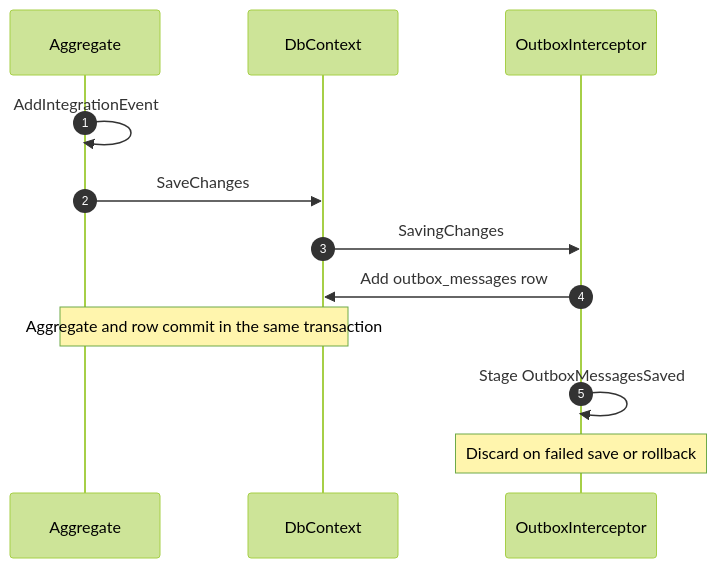
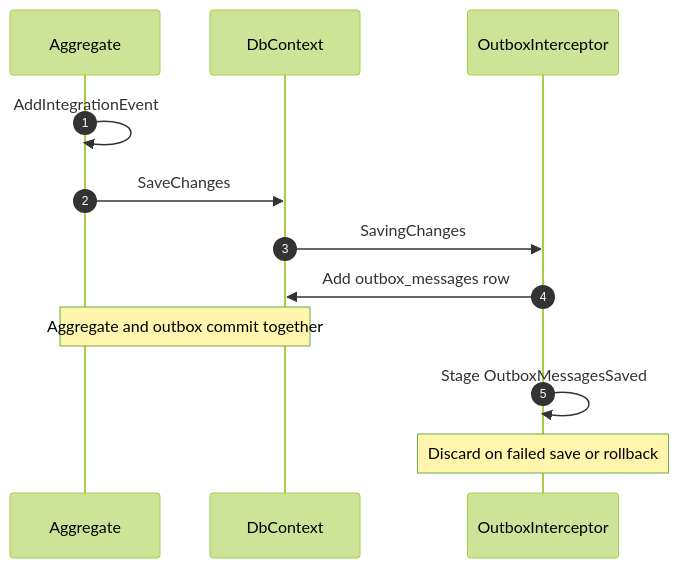
The second of 5 diagrams in wiki/Architecture/Messaging.md (mhasabalah/StarterKit), drawn with Mermaid (forest theme) before and after one commit. The commit also changed other lines of this file and 7 other files, not shown here.

````diff
--- a/wiki/Architecture/Messaging.md
+++ b/wiki/Architecture/Messaging.md
@@ -96,14 +60,14 @@
 ```mermaid
 sequenceDiagram
   autonumber
   participant A as Aggregate
   participant DB as DbContext
   participant I as OutboxInterceptor
   A->>A: AddIntegrationEvent
   A->>DB: SaveChanges
   DB->>I: SavingChanges
   I->>DB: Add outbox_messages row
-  Note over A,DB: Aggregate and row commit in the same transaction
+  Note over A,DB: Aggregate and outbox commit together
   I->>I: Stage OutboxMessagesSaved
   Note over I: Discard on failed save or rollback
 ```
````
